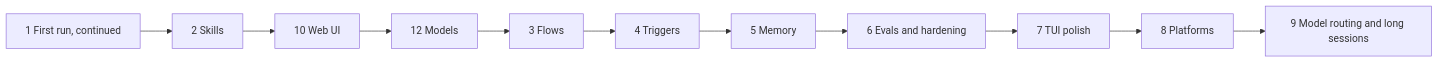
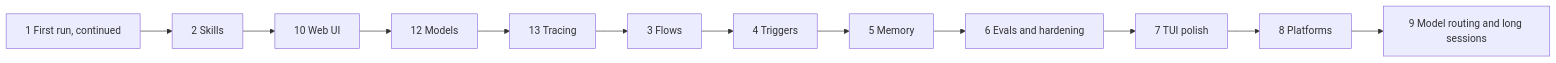
One commit to MilanPavel/golem changed the first of 8 diagrams in docs/plan.md. Above: the diagram before and after it, drawn with Mermaid. The commit also changed other lines of this file, not shown here.

Commit message:
docs(plan): add Phase 13, tracing a session in the browser (#531)

````diff
--- a/docs/plan.md
+++ b/docs/plan.md
@@ -30,4 +31,4 @@
 ```mermaid
 flowchart LR
-  p1[1 First run, continued] --> p2[2 Skills] --> p10[10 Web UI] --> p12[12 Models] --> p3[3 Flows] --> p4[4 Triggers] --> p5[5 Memory] --> p6[6 Evals and hardening] --> p7[7 TUI polish] --> p8[8 Platforms] --> p9[9 Model routing and long sessions]
+  p1[1 First run, continued] --> p2[2 Skills] --> p10[10 Web UI] --> p12[12 Models] --> p13[13 Tracing] --> p3[3 Flows] --> p4[4 Triggers] --> p5[5 Memory] --> p6[6 Evals and hardening] --> p7[7 TUI polish] --> p8[8 Platforms] --> p9[9 Model routing and long sessions]
 ```
````
